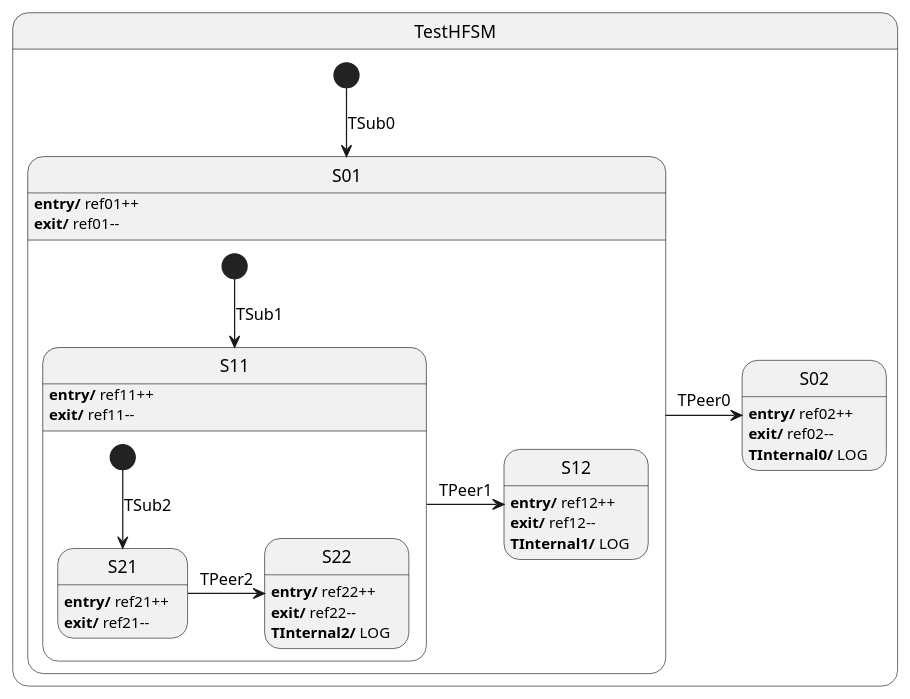
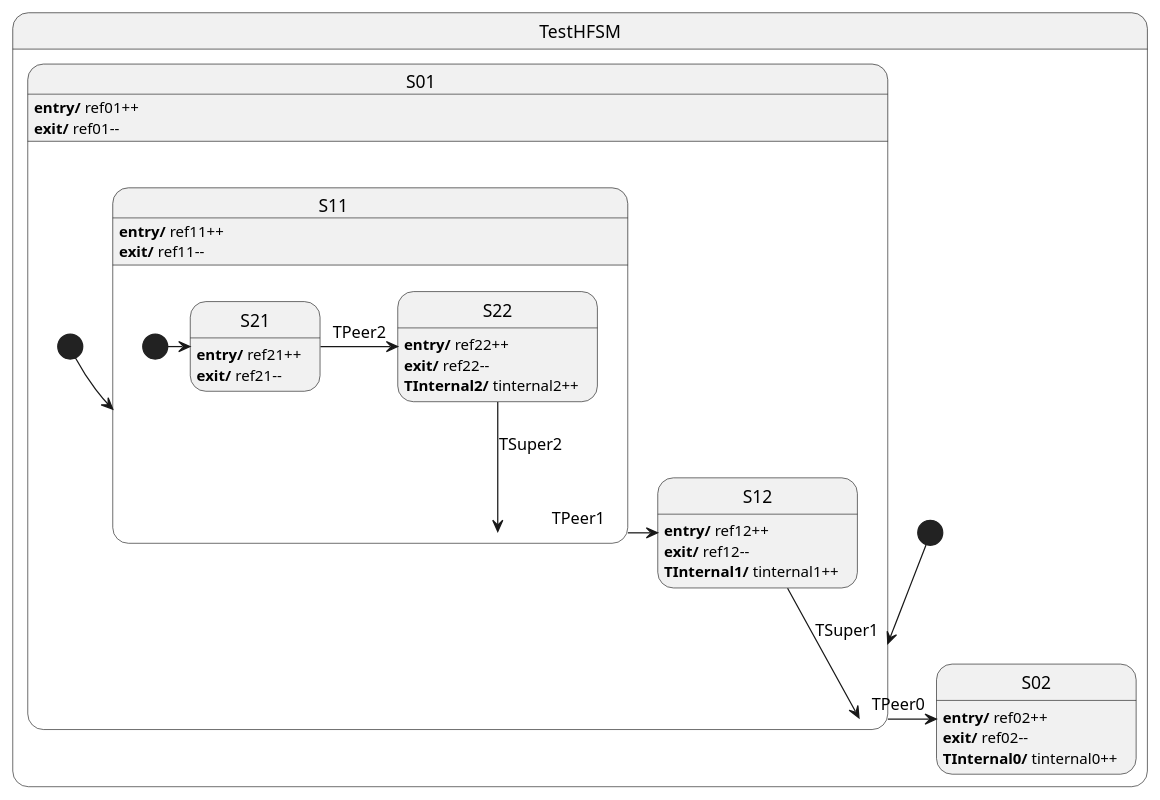
The diagram in doc/hfsm_test.puml (CIPop/hsm), drawn with PlantUML before and after one commit. The commit also changed 9 other files, not shown here.

```diff
--- a/doc/hfsm_test.puml
+++ b/doc/hfsm_test.puml
@@ -1,41 +1,43 @@
 @startuml
 
 state TestHFSM {
     state S01 {
         state S11 {
             state S21
             S21 : <b>entry/</b> ref21++
             S21 : <b>exit/</b> ref21--
 
             state S22
             S22 : <b>entry/</b> ref22++
             S22 : <b>exit/</b> ref22--
-            S22 : <b>TInternal2/</b> LOG
+            S22 : <b>TInternal2/</b> tinternal2++
 
-            [*] --> S21 : TSub2
-            S21 -right->S22 : TPeer2
+            [*] -> S21
+            S21 -right-> S22 : TPeer2
+            S22 --> S11 : TSuper2
         }
         S11 : <b>entry/</b> ref11++
         S11 : <b>exit/</b> ref11--
 
         state S12
         S12 : <b>entry/</b> ref12++
         S12 : <b>exit/</b> ref12--
-        S12 : <b>TInternal1/</b> LOG
+        S12 : <b>TInternal1/</b> tinternal1++
 
-        [*] --> S11 : TSub1
-        S11 -> S12 : TPeer1
+        [*] --> S11
+        S11 -right-> S12 : TPeer1
+        S12 -->S01 : TSuper1
     }
     S01 : <b>entry/</b> ref01++
     S01 : <b>exit/</b> ref01--
 
     state S02
     S02 : <b>entry/</b> ref02++
     S02 : <b>exit/</b> ref02--
-    S02 : <b>TInternal0/</b> LOG
+    S02 : <b>TInternal0/</b> tinternal0++
 
-    [*] --> S01 : TSub0
+    [*] --> S01
     S01 -right-> S02 : TPeer0
 }
 
 @enduml
```
